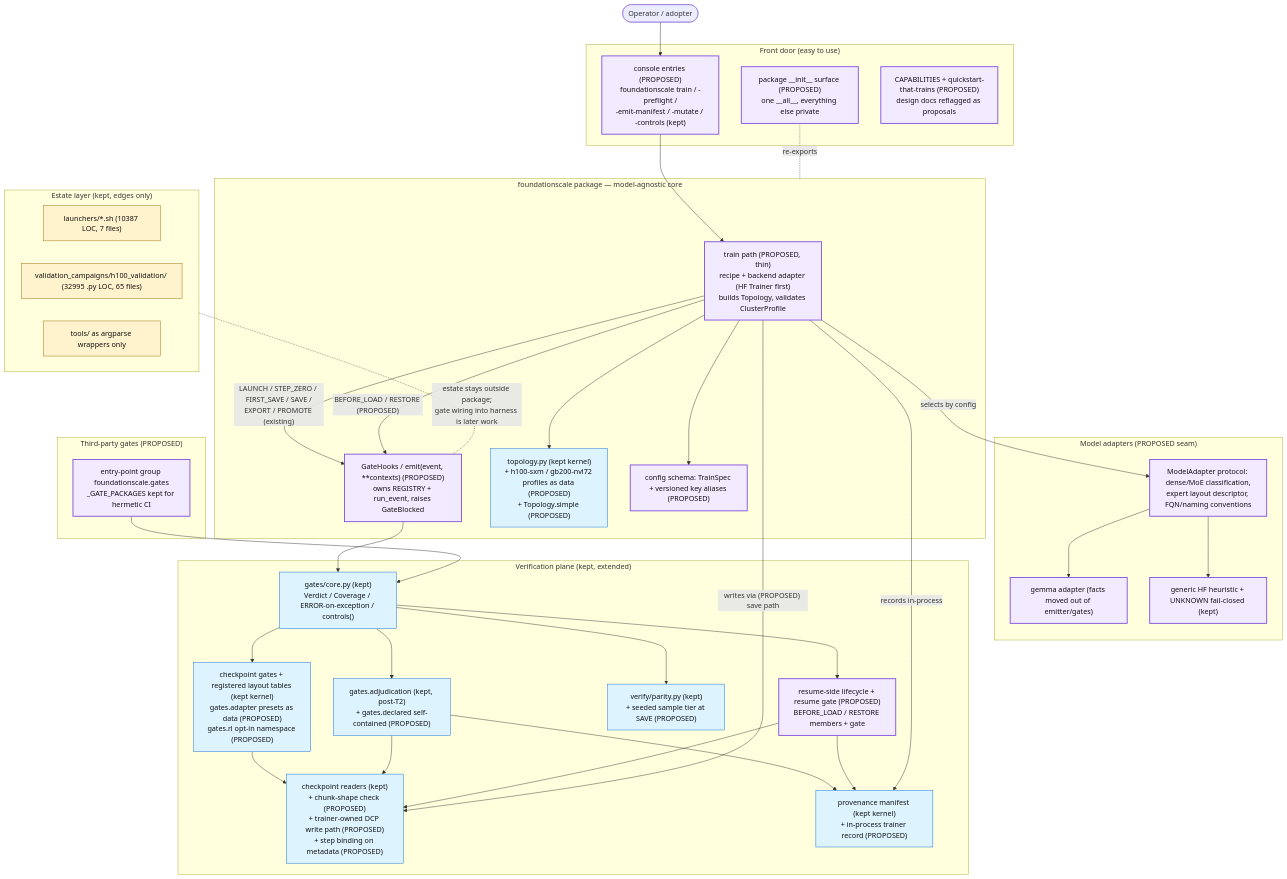
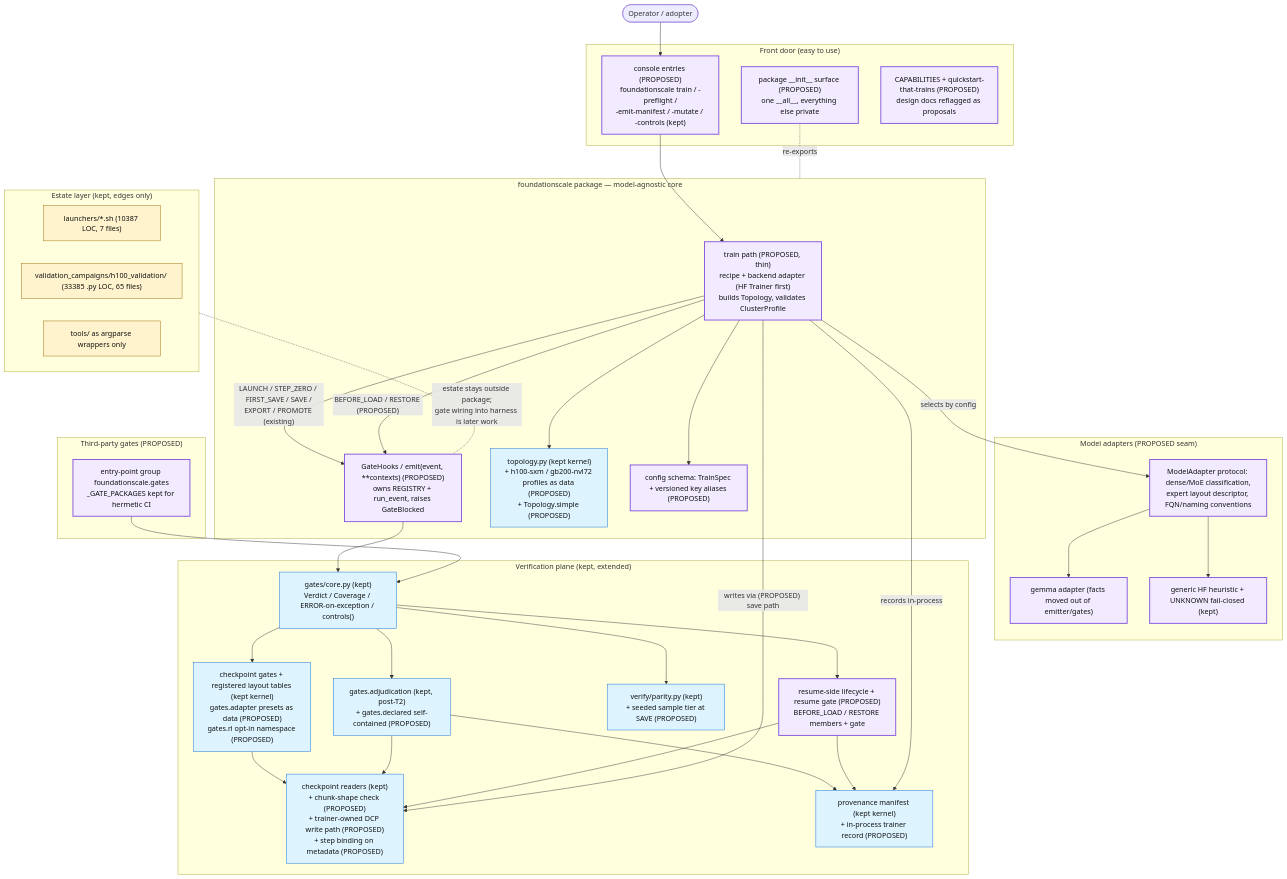
Before and after one commit to TranNhiem/FoundationScale: the diagram in docs/review/D5_proposed_architecture.md, drawn with Mermaid. The commit also changed other lines of this file and 25 other files, not shown here.

````diff
--- a/docs/review/D5_proposed_architecture.md
+++ b/docs/review/D5_proposed_architecture.md
@@ -13,74 +13,74 @@
 ```mermaid
 flowchart TB
   U(["Operator / adopter"])
 
   subgraph FRONT["Front door (easy to use)"]
     CLI["console entries (PROPOSED)<br/>foundationscale train / -preflight /<br/>-emit-manifest / -mutate / -controls (kept)"]
     SURF["package __init__ surface (PROPOSED)<br/>one __all__, everything else private"]
     DOCS["CAPABILITIES + quickstart-that-trains (PROPOSED)<br/>design docs reflagged as proposals"]
   end
 
   subgraph CORE["foundationscale package — model-agnostic core"]
     TRAIN["train path (PROPOSED, thin)<br/>recipe + backend adapter (HF Trainer first)<br/>builds Topology, validates ClusterProfile"]
     HOOKS["GateHooks / emit(event, **contexts) (PROPOSED)<br/>owns REGISTRY + run_event, raises GateBlocked"]
     TOPO["topology.py (kept kernel)<br/>+ h100-sxm / gb200-nvl72 profiles as data (PROPOSED)<br/>+ Topology.simple (PROPOSED)"]
     CONFIG["config schema: TrainSpec + versioned key aliases (PROPOSED)"]
   end
 
   subgraph ADAPT["Model adapters (PROPOSED seam)"]
     MA["ModelAdapter protocol: dense/MoE classification,<br/>expert layout descriptor, FQN/naming conventions"]
     GEM["gemma adapter (facts moved out of emitter/gates)"]
     HF["generic HF heuristic + UNKNOWN fail-closed (kept)"]
   end
 
   subgraph VERIFY["Verification plane (kept, extended)"]
     GCORE["gates/core.py (kept)<br/>Verdict / Coverage / ERROR-on-exception / controls()"]
     GCK["checkpoint gates + registered layout tables (kept kernel)<br/>gates.adapter presets as data (PROPOSED)<br/>gates.rl opt-in namespace (PROPOSED)"]
     ADJ["gates.adjudication (kept, post-T2)<br/>+ gates.declared self-contained (PROPOSED)"]
     PAR["verify/parity.py (kept)<br/>+ seeded sample tier at SAVE (PROPOSED)"]
     CKIO["checkpoint readers (kept)<br/>+ chunk-shape check (PROPOSED)<br/>+ trainer-owned DCP write path (PROPOSED)<br/>+ step binding on metadata (PROPOSED)"]
     PROV["provenance manifest (kept kernel)<br/>+ in-process trainer record (PROPOSED)"]
     RES["resume-side lifecycle + resume gate (PROPOSED)<br/>BEFORE_LOAD / RESTORE members + gate"]
   end
 
   subgraph PLUG["Third-party gates (PROPOSED)"]
     EP["entry-point group foundationscale.gates<br/>_GATE_PACKAGES kept for hermetic CI"]
   end
 
   subgraph ESTATE["Estate layer (kept, edges only)"]
     LAU["launchers/*.sh (10387 LOC, 7 files)"]
-    H100["validation_campaigns/h100_validation/ (32995 .py LOC, 65 files)"]
+    H100["validation_campaigns/h100_validation/ (33385 .py LOC, 65 files)"]
     WRAP["tools/ as argparse wrappers only"]
   end
 
   U --> CLI --> TRAIN
   SURF -. re-exports .- CORE
   TRAIN --> TOPO
   TRAIN --> CONFIG
   TRAIN -- "selects by config" --> MA
   MA --> GEM
   MA --> HF
   TRAIN -- "LAUNCH / STEP_ZERO / FIRST_SAVE / SAVE /<br/>EXPORT / PROMOTE (existing)" --> HOOKS
   TRAIN -- "BEFORE_LOAD / RESTORE (PROPOSED)" --> HOOKS
   HOOKS --> GCORE
   EP --> GCORE
   GCORE --> GCK
   GCORE --> ADJ
   GCORE --> PAR
   GCORE --> RES
   GCK --> CKIO
   ADJ --> CKIO
   ADJ --> PROV
   RES --> CKIO
   RES --> PROV
   TRAIN -- "writes via (PROPOSED) save path" --> CKIO
   TRAIN -- "records in-process" --> PROV
   ESTATE -. "estate stays outside package;<br/>gate wiring into harness is later work" .- HOOKS
 
   classDef new fill:#f2eaff,stroke:#8250df,stroke-width:2px,color:#111;
   classDef kept fill:#ddf4ff,stroke:#0969da,color:#111;
   classDef estate fill:#fff3cd,stroke:#9a6700,color:#111;
   class TRAIN,HOOKS,CLI,SURF,DOCS,MA,GEM,HF,RES,EP,CONFIG new;
   class GCORE,GCK,ADJ,PAR,CKIO,PROV,TOPO kept;
   class LAU,H100,WRAP estate;
 ```
````
